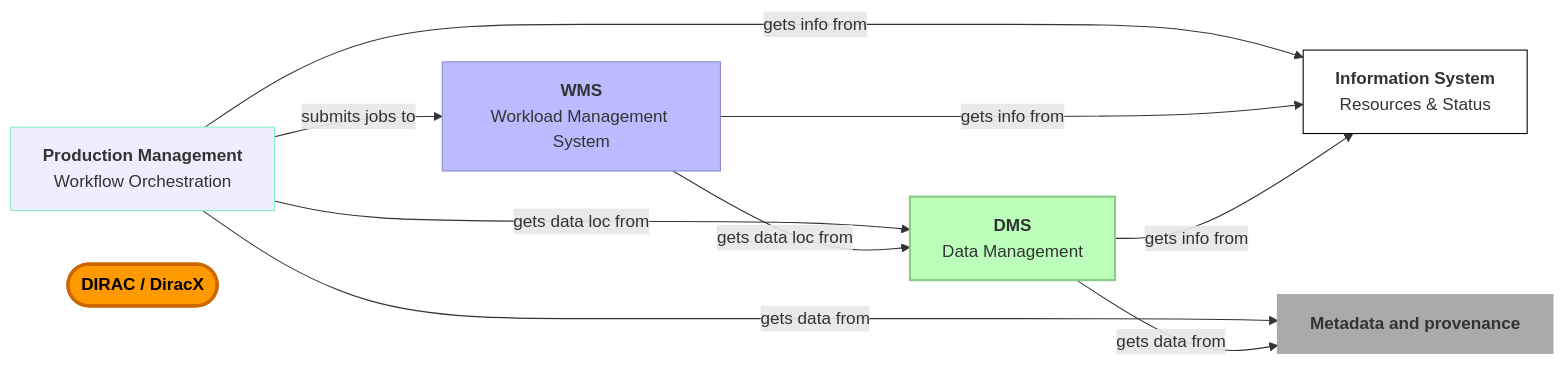
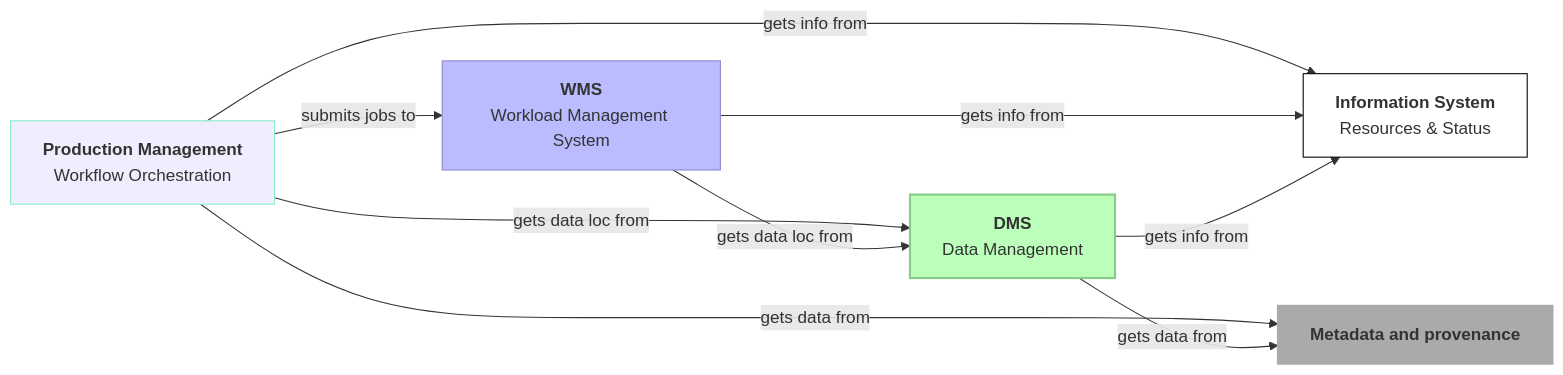
One commit to fstagni/2026_DiracXaaS_SME changed the second of 9 diagrams in slides.md. Above: the diagram before and after it, drawn with Mermaid. The commit also changed other lines of this file, not shown here.

````diff
--- a/slides.md
+++ b/slides.md
@@ -126,30 +124,28 @@
 ```mermaid
 %%{init: { 'theme': 'default' }}%%
 flowchart LR
     WMS["`**WMS**
     Workload Management System`"]
     DMS["`**DMS**
     Data Management`"]
     MD["`**Metadata and provenance**`"]
     PROD["`**Production Management**
     Workflow Orchestration`"]
     IS["`**Information System**
     Resources & Status`"]
-    DIRAC(["`**DIRAC / DiracX**`"])
 
     style WMS fill:#bbf,stroke:#88c
     style DMS fill:#bfb,stroke:#8c8,stroke-width:2px
     style MD fill:#aaa,stroke:#aaa,stroke-width:2px
     style PROD fill:#eef,stroke:#8ec
     style IS fill:#fff,stroke:#000
-    style DIRAC fill:#f90,color:#000,stroke:#c60,stroke-width:3px
 
     PROD -->|submits jobs to| WMS
     PROD -->|gets data from| MD
     PROD -->|gets info from| IS
     WMS -->|gets info from| IS
     DMS -->|gets info from| IS
     PROD -->|gets data loc from| DMS
     WMS -->|gets data loc from| DMS
     DMS -->|gets data from| MD
 ```
````
